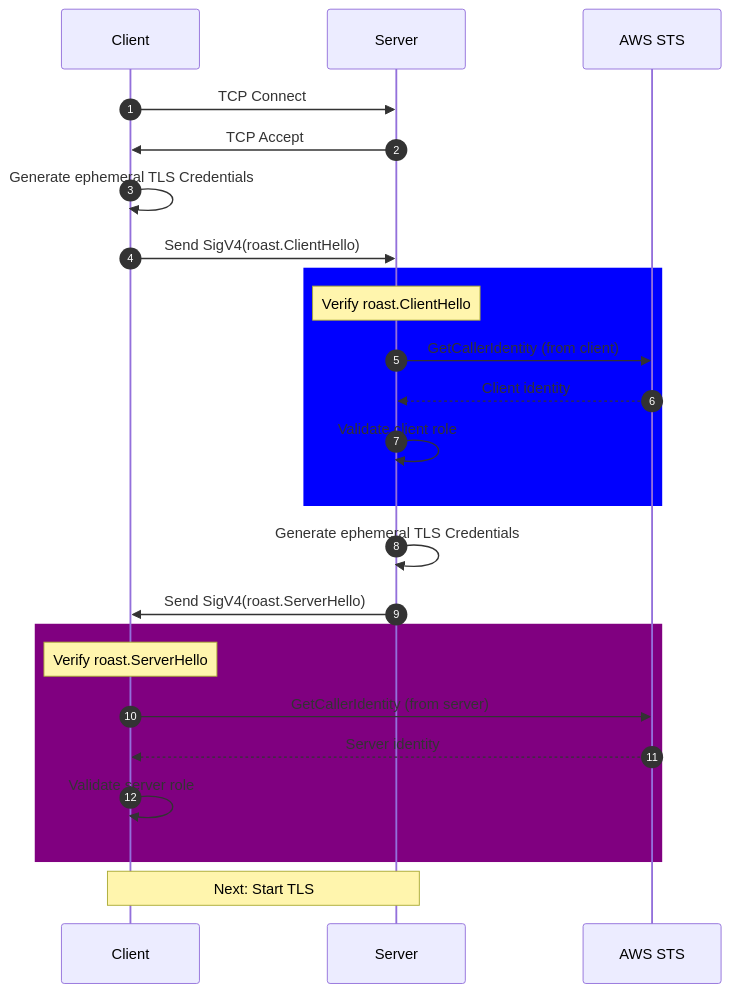
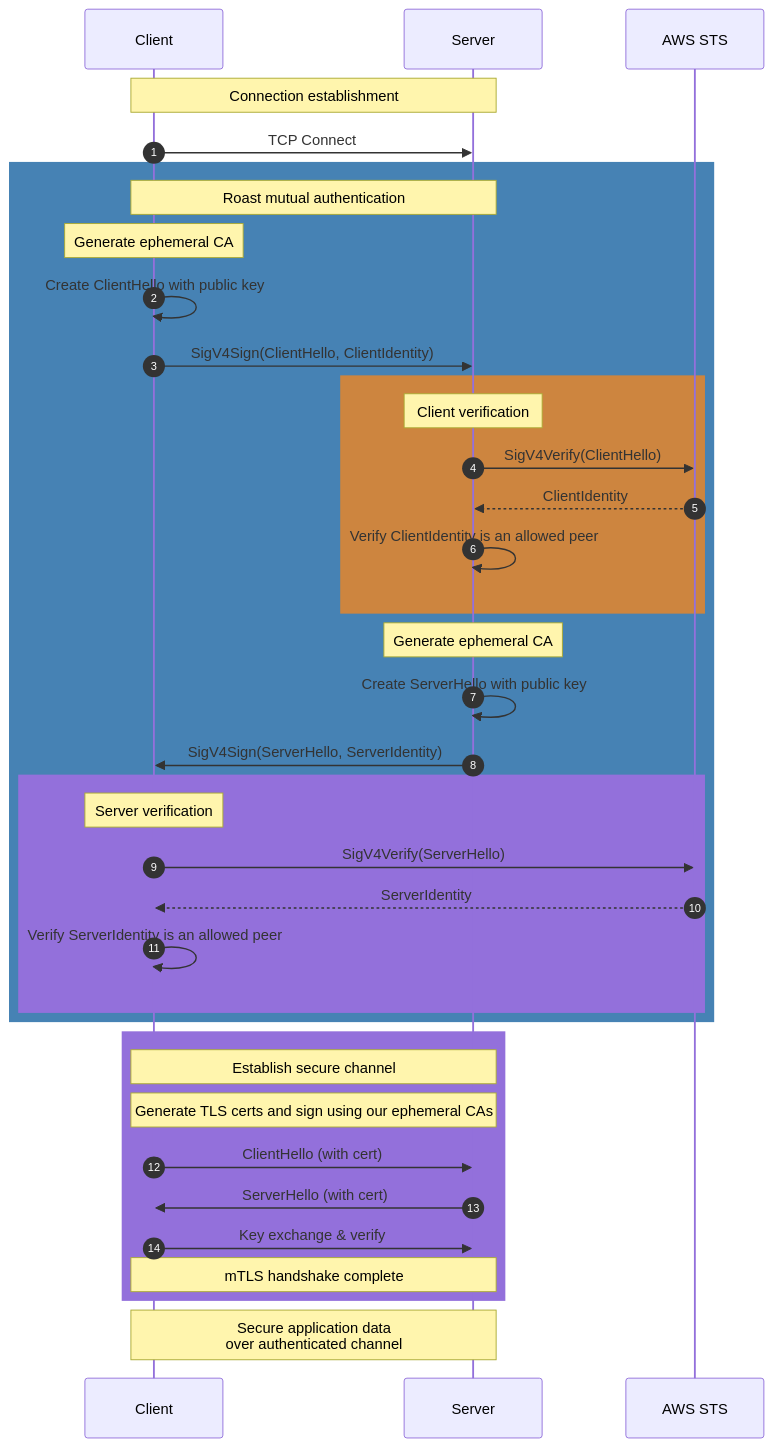
The second of 2 diagrams in docs/protocol.md (thomasdesr/roast), drawn with Mermaid before and after one commit. The commit also changed other lines of this file, not shown here.

Commit message:
Clean up protocol diagrams

````diff
--- a/docs/protocol.md
+++ b/docs/protocol.md
@@ -80,32 +94,47 @@
 ```mermaid
 sequenceDiagram
     autonumber
-
-    participant C as Client
+    participant C as Client  
     participant S as Server
     participant AWS as AWS STS
 
+    Note over C,S: Connection establishment
     C->>S: TCP Connect
-    S->>C: TCP Accept
 
-    C->>C: Generate ephemeral TLS Credentials
-    C->>S: Send SigV4(roast.ClientHello)
-    rect Blue
-        note over S: Verify roast.ClientHello
-        S->>AWS: GetCallerIdentity (from client)
-        AWS-->>S: Client identity
-        S->>S: Validate client role
+    rect rgb(70, 130, 180)
+        Note over C,S: Roast mutual authentication
+        
+        Note over C: Generate ephemeral CA
+        C->>C: Create ClientHello with public key
+        C->>S: SigV4Sign(ClientHello, ClientIdentity)
+        
+        rect rgb(205, 133, 63)
+            Note over S: Client verification
+            S->>AWS: SigV4Verify(ClientHello)
+            AWS-->>S: ClientIdentity
+            S->>S: Verify ClientIdentity is an allowed peer
+        end
+        
+        Note over S: Generate ephemeral CA
+        S->>S: Create ServerHello with public key
+        S->>C: SigV4Sign(ServerHello, ServerIdentity)
+        
+        rect rgb(147, 112, 219)
+            Note over C: Server verification
+            C->>AWS: SigV4Verify(ServerHello)
+            AWS-->>C: ServerIdentity
+            C->>C: Verify ServerIdentity is an allowed peer
+        end
     end
 
-    S->>S: Generate ephemeral TLS Credentials
-    S->>C: Send SigV4(roast.ServerHello)
-
-    rect Purple
-        note over C: Verify roast.ServerHello
-        C->>AWS: GetCallerIdentity (from server)
-        AWS-->>C: Server identity
-        C->>C: Validate server role
+    rect rgb(147, 112, 219)
+        Note over C,S: Establish secure channel
+        Note over C,S: Generate TLS certs and sign using our ephemeral CAs
+        C->>S: ClientHello (with cert)
+        S->>C: ServerHello (with cert)
+        C->>S: Key exchange & verify
+        Note over C,S: mTLS handshake complete
     end
 
-    Note over C, S: Next: Start TLS
+    Note over C,S: Secure application data<br/>over authenticated channel
 ```
````
